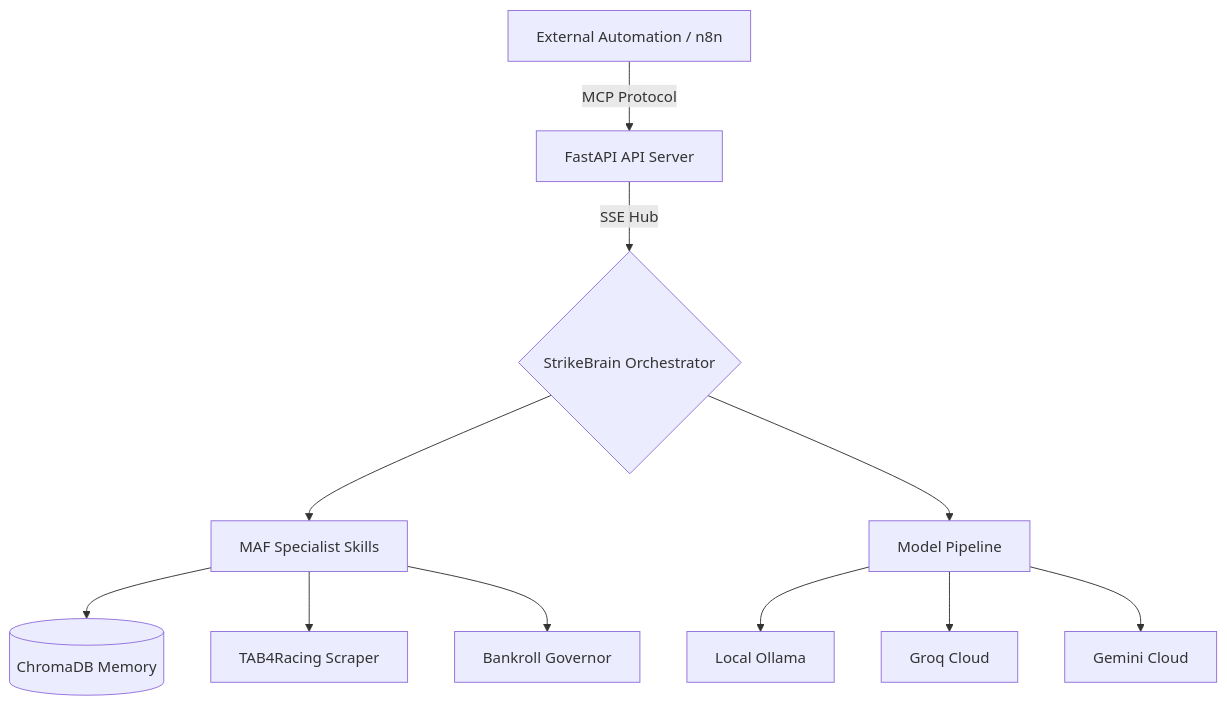
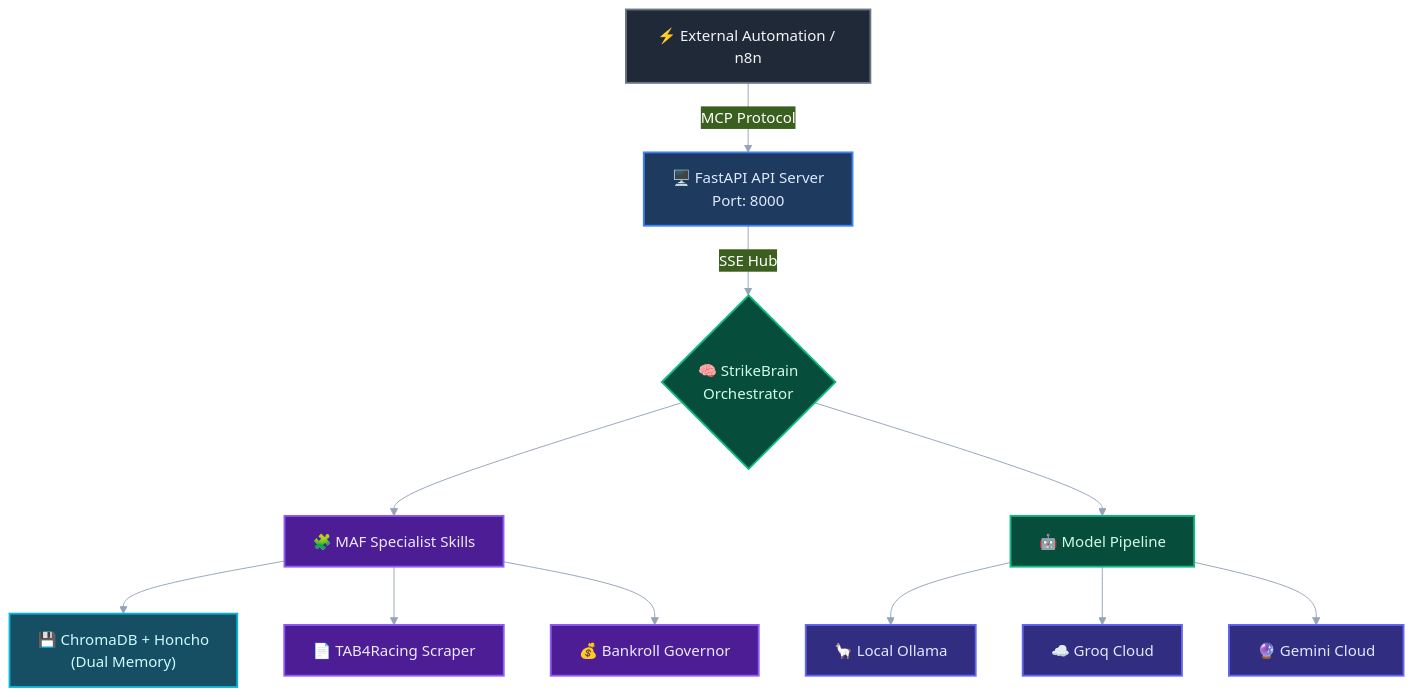
Before and after one commit to Gmpho/strike-tips-autonomous-: the diagram in docs/MCP_INTEGRATION_GUIDE.md, drawn with Mermaid. The commit also changed 8 other files, not shown here.

Commit message:
docs: update Mermaid diagrams and architecture documentation for the hotpatch management flow

````diff
--- a/docs/MCP_INTEGRATION_GUIDE.md
+++ b/docs/MCP_INTEGRATION_GUIDE.md
@@ -9,13 +9,40 @@
 ```mermaid
-graph TD
-    A[External Automation / n8n] -- MCP Protocol --> B[FastAPI API Server]
-    B -- SSE Hub --> C{StrikeBrain Orchestrator}
-    C --> D[MAF Specialist Skills]
-    D --> E[(ChromaDB Memory)]
-    D --> F[TAB4Racing Scraper]
-    D --> G[Bankroll Governor]
-    C --> H[Model Pipeline]
-    H --> I[Local Ollama]
-    H --> J[Groq Cloud]
-    H --> K[Gemini Cloud]
+%%{
+  init: {
+    'theme': 'base',
+    'themeVariables': {
+      'primaryColor': '#1E3A5F',
+      'primaryTextColor': '#FFF',
+      'primaryBorderColor': '#2563EB',
+      'lineColor': '#94A3B8'
+    }
+  }
+}%%
+graph TB
+    classDef external fill:#1F2937,stroke:#6B7280,stroke-width:2px,color:#F3F4F6
+    classDef api fill:#1E3A5F,stroke:#3B82F6,stroke-width:2px,color:#DBEAFE
+    classDef core fill:#064E3B,stroke:#10B981,stroke-width:2px,color:#D1FAE5
+    classDef skills fill:#4C1D95,stroke:#8B5CF6,stroke-width:2px,color:#EDE9FE
+    classDef memory fill:#164E63,stroke:#06B6D4,stroke-width:2px,color:#CFFAFE
+    classDef cloud fill:#312E81,stroke:#6366F1,stroke-width:2px,color:#E0E7FF
+
+    A["⚡ External Automation / n8n"] -- MCP Protocol --> B["🖥️ FastAPI API Server<br/>Port: 8000"]
+    B -- SSE Hub --> C{"🧠 StrikeBrain<br/>Orchestrator"}
+    C --> D["🧩 MAF Specialist Skills"]
+    D --> E["💾 ChromaDB + Honcho<br/>(Dual Memory)"]
+    D --> F["📄 TAB4Racing Scraper"]
+    D --> G["💰 Bankroll Governor"]
+    C --> H["🤖 Model Pipeline"]
+    H --> I["🦙 Local Ollama"]
+    H --> J["☁️ Groq Cloud"]
+    H --> K["🔮 Gemini Cloud"]
+
+    class A external
+    class B api
+    class C core
+    class D skills
+    class E memory
+    class F,G skills
+    class H core
+    class I,J,K cloud
 ```
````
